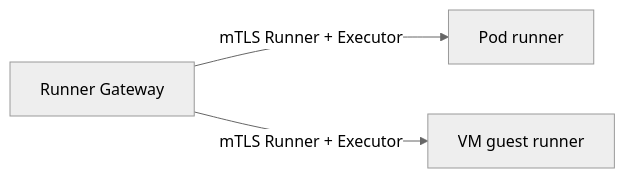
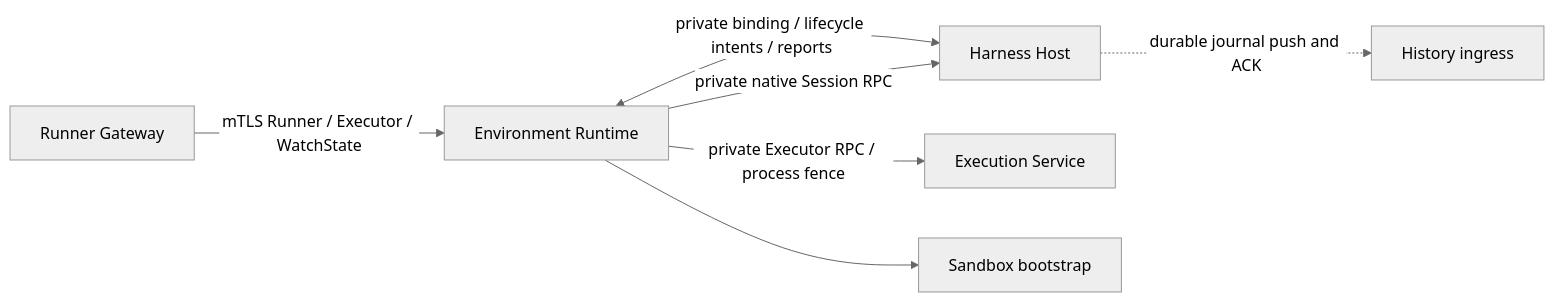
Before and after one commit to agentydragon/ducktape: the third of 9 diagrams in agentplane/docs/system_overview.md, drawn with Mermaid (neutral theme). The commit also changed other lines of this file and 203 other files, not shown here.

Commit message:
refactor(agentplane): split Harness Host and Runtime

````diff
--- a/agentplane/docs/system_overview.md
+++ b/agentplane/docs/system_overview.md
@@ -91,8 +93,15 @@
 ```mermaid
 flowchart LR
     gateway[Runner Gateway]
-    pod[Pod runner]
-    guest[VM guest runner]
-    gateway -->|mTLS Runner + Executor| pod
-    gateway -->|mTLS Runner + Executor| guest
+    runtime[Environment Runtime]
+    host[Harness Host]
+    execution[Execution Service]
+    bootstrap[Sandbox bootstrap]
+    history[History ingress]
+    gateway -->|mTLS Runner / Executor / WatchState| runtime
+    runtime <-->|private binding / lifecycle intents / reports| host
+    runtime -->|private native Session RPC| host
+    runtime -->|private Executor RPC / process fence| execution
+    runtime --> bootstrap
+    host -.->|durable journal push and ACK| history
 ```
````
